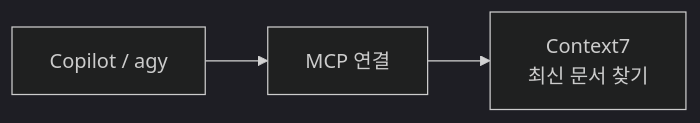
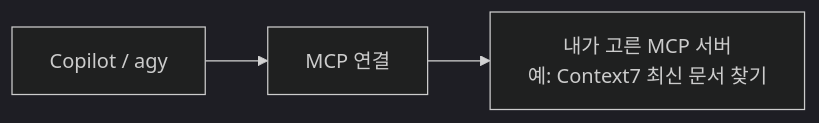
Before and after one commit to YeonjiKim0316/review-thermo-ond: the fourth of 4 diagrams in docs/00-concepts.md, drawn with Mermaid (dark theme). The commit also changed other lines of this file and 8 other files, not shown here.

````diff
--- a/docs/00-concepts.md
+++ b/docs/00-concepts.md
@@ -350,5 +350,5 @@
 ```mermaid
 flowchart LR
     A["Copilot / agy"] --> B["MCP 연결"]
-    B --> C["Context7<br/>최신 문서 찾기"]
+    B --> C["내가 고른 MCP 서버<br/>예: Context7 최신 문서 찾기"]
 ```
````
